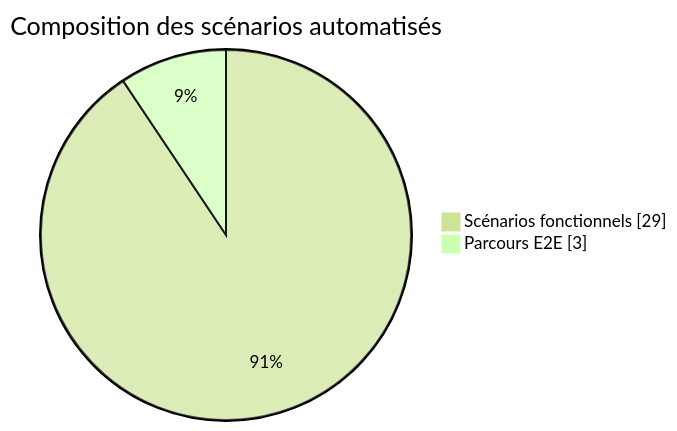
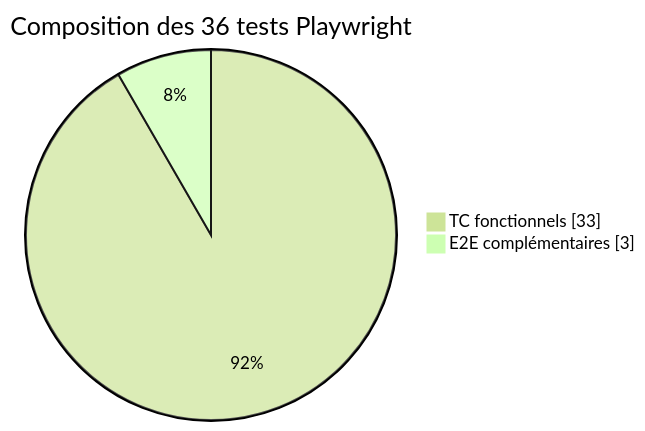
Before and after one commit to maximejoannis/saucedemo-playwright-agents: the fifth of 8 diagrams in SPRINT-REVIEW.md, drawn with Mermaid (forest theme). The commit also changed other lines of this file and 1 other file, not shown here.

````diff
--- a/SPRINT-REVIEW.md
+++ b/SPRINT-REVIEW.md
@@ -476,6 +138,6 @@
 ```mermaid
 pie showData
-    title Composition des scénarios automatisés
-    "Scénarios fonctionnels" : 29
-    "Parcours E2E" : 3
+    title Composition des 36 tests Playwright
+    "TC fonctionnels" : 33
+    "E2E complémentaires" : 3
 ```
````
